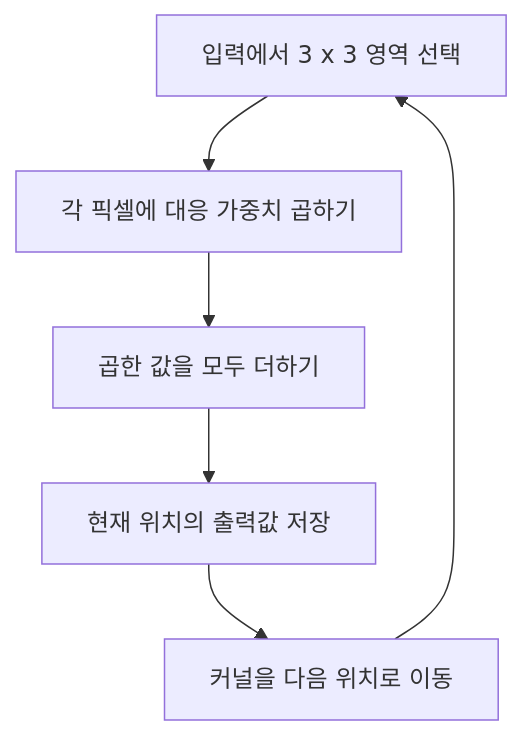
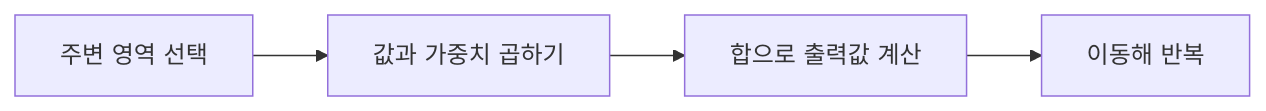
Before and after one commit to jaemin-devlog/AI-Study: the first of 2 diagrams in topics/computer-vision/03-이미지-필터링과-에지-검출.md, drawn with Mermaid. The commit also changed other lines of this file and 4 other files, not shown here.

````diff
--- a/topics/computer-vision/03-이미지-필터링과-에지-검출.md
+++ b/topics/computer-vision/03-이미지-필터링과-에지-검출.md
@@ -48,8 +11,6 @@
 ```mermaid
-flowchart TB
-    A[입력에서 3 x 3 영역 선택] --> B[각 픽셀에 대응 가중치 곱하기]
-    B --> C[곱한 값을 모두 더하기]
-    C --> D[현재 위치의 출력값 저장]
-    D --> E[커널을 다음 위치로 이동]
-    E --> A
+flowchart LR
+    A[주변 영역 선택] --> B[값과 가중치 곱하기]
+    B --> C[합으로 출력값 계산]
+    C --> D[이동해 반복]
 ```
````
